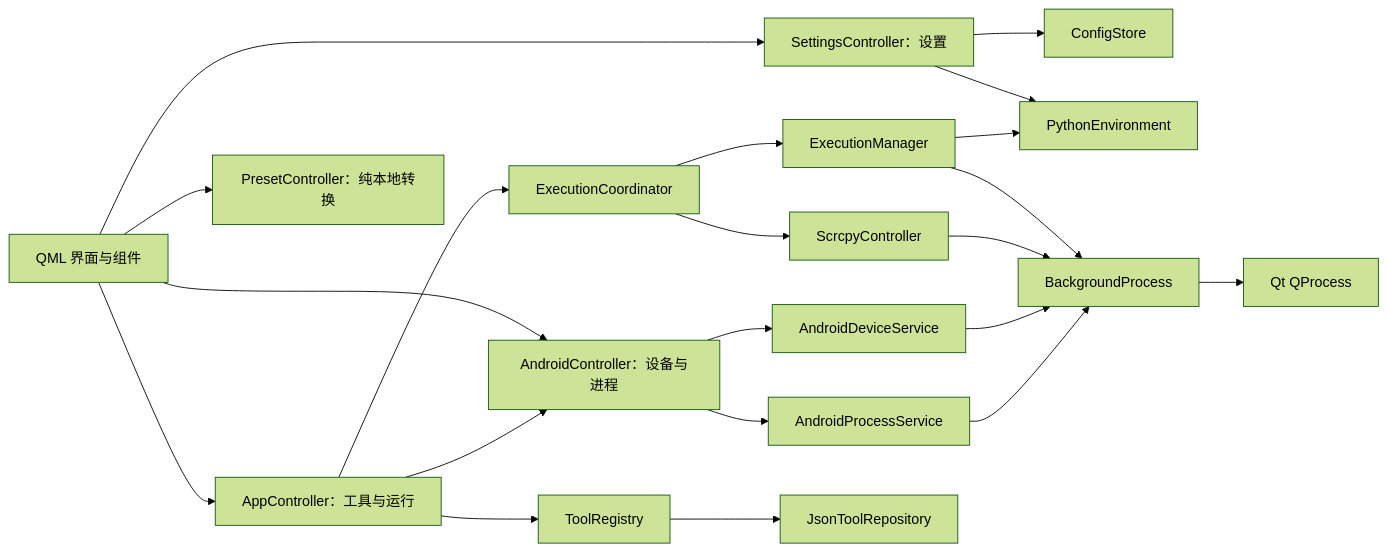
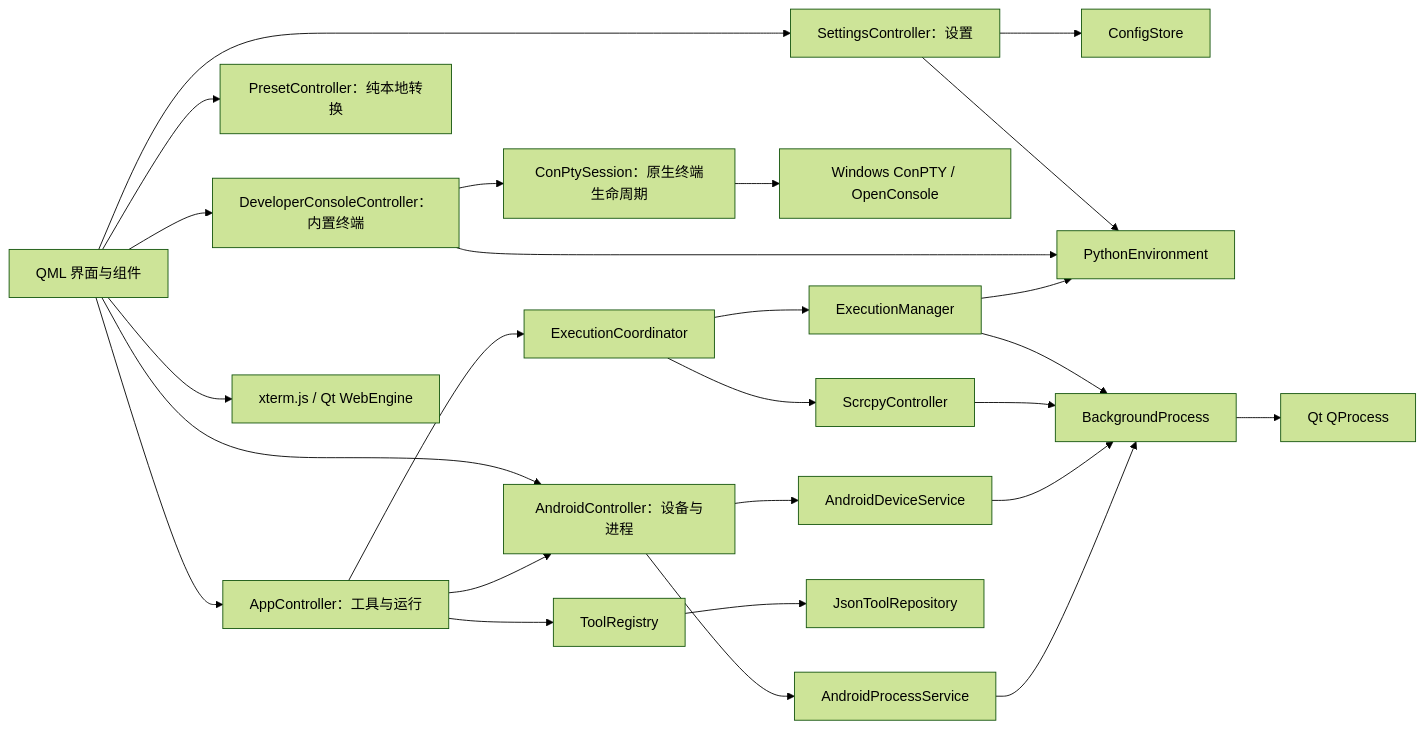
Before and after one commit to popkter/PopToolProject: the diagram in docs/PopTools-Software-Architecture.md, drawn with Mermaid (forest theme). The commit also changed other lines of this file and 93 other files, not shown here.

````diff
--- a/docs/PopTools-Software-Architecture.md
+++ b/docs/PopTools-Software-Architecture.md
@@ -53,23 +53,28 @@
 ```mermaid
 flowchart LR
     QML[QML 界面与组件] --> AC[AppController：工具与运行]
     QML --> STC[SettingsController：设置]
     QML --> PC[PresetController：纯本地转换]
     QML --> ADC[AndroidController：设备与进程]
+    QML --> DCC[DeveloperConsoleController：内置终端]
     AC --> TR[ToolRegistry]
     AC --> EC[ExecutionCoordinator]
     AC --> ADC
     STC --> CS[ConfigStore]
     STC --> PE[PythonEnvironment]
+    DCC --> PE
+    DCC --> CPT[ConPtySession：原生终端生命周期]
+    CPT --> PTY[Windows ConPTY / OpenConsole]
+    QML --> XTERM[xterm.js / Qt WebEngine]
     ADC --> ADS[AndroidDeviceService]
     ADC --> APS[AndroidProcessService]
     EC --> SC[ScrcpyController]
     EC --> EM[ExecutionManager]
     EM --> PE[PythonEnvironment]
     EM --> BP[BackgroundProcess]
     SC --> BP
     ADS --> BP
     APS --> BP
     BP --> QP[Qt QProcess]
     TR --> JR[JsonToolRepository]
 ```
````
